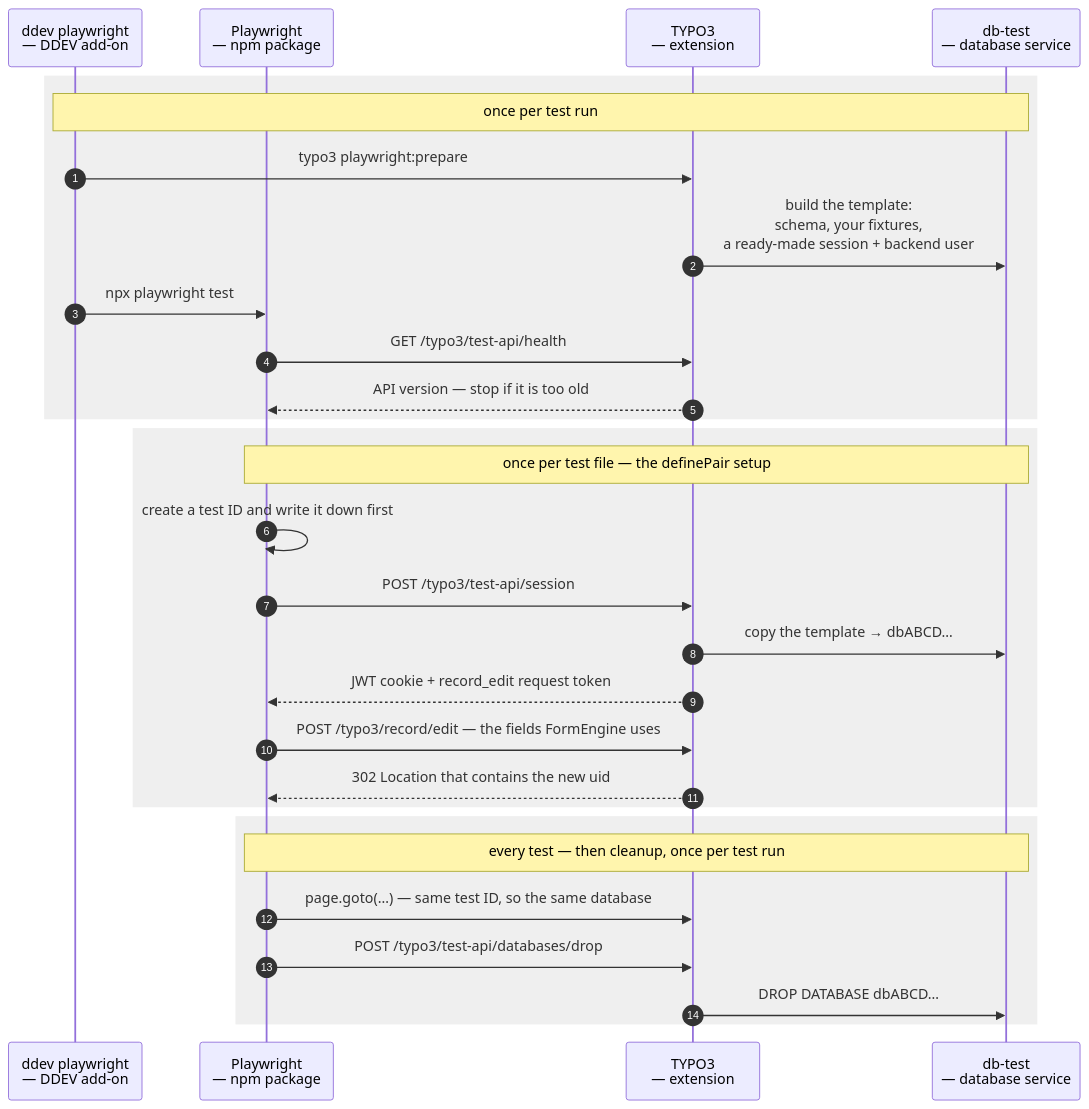
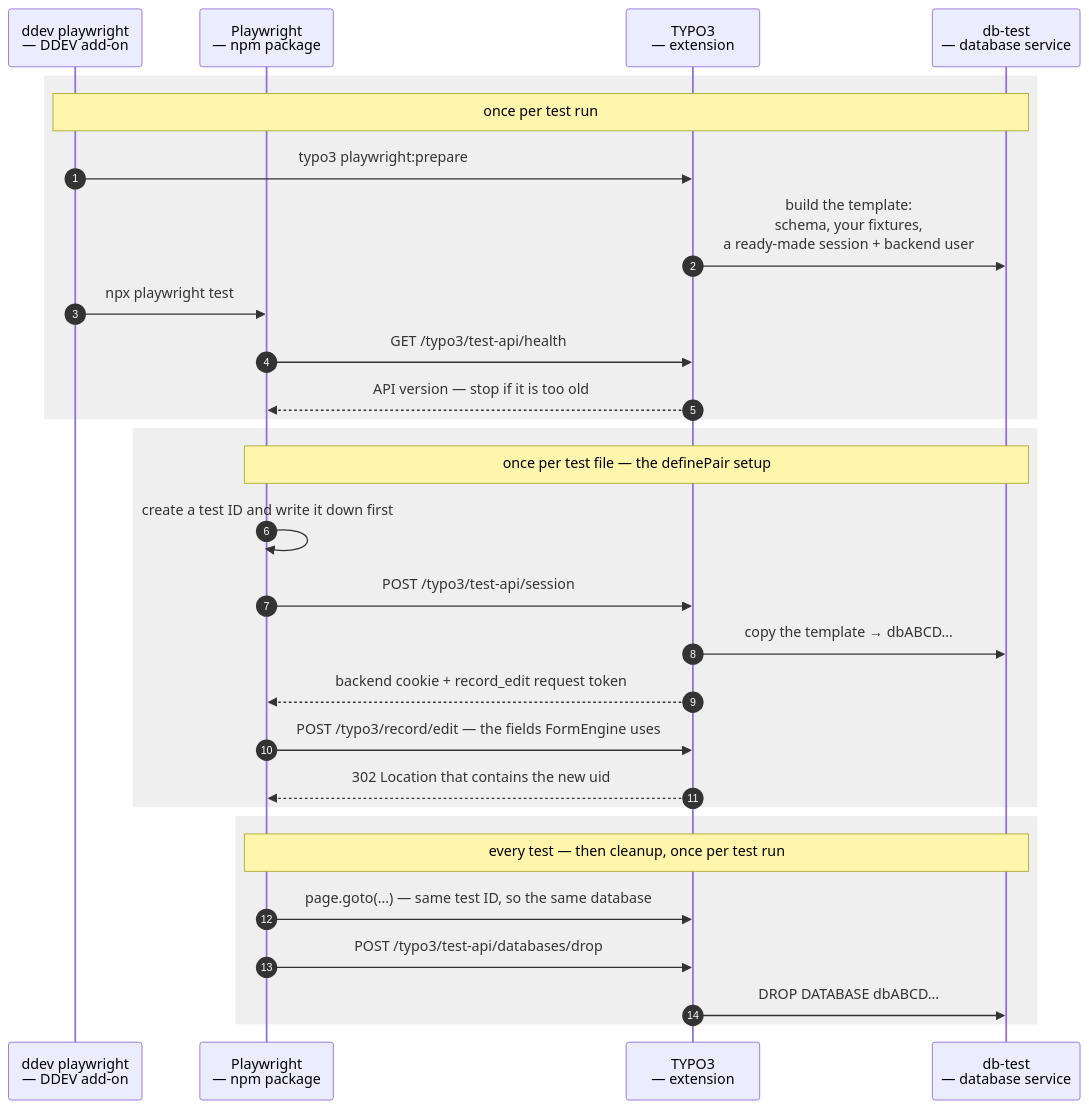
Before and after one commit to plan2net/typo3-playwright-toolkit: the second of 2 diagrams in README.md, drawn with Mermaid. The commit also changed 1 other file, not shown here.

Commit message:
Stop calling the backend cookie a JWT, which TYPO3 11 has none of

````diff
--- a/README.md
+++ b/README.md
@@ -53,34 +53,34 @@
 ```mermaid
 sequenceDiagram
     autonumber
     participant CLI as ddev playwright<br>— DDEV add-on
     participant PW as Playwright<br>— npm package
     participant EXT as TYPO3<br>— extension
     participant DB as db-test<br>— database service
 
     rect rgba(127,127,127,0.12)
         note over CLI,DB: once per test run
         CLI->>EXT: typo3 playwright:prepare
         EXT->>DB: build the template:<br>schema, your fixtures,<br>a ready-made session + backend user
         CLI->>PW: npx playwright test
         PW->>EXT: GET /typo3/test-api/health
         EXT-->>PW: API version — stop if it is too old
     end
 
     rect rgba(127,127,127,0.12)
         note over PW,DB: once per test file — the definePair setup
         PW->>PW: create a test ID and write it down first
         PW->>EXT: POST /typo3/test-api/session
         EXT->>DB: copy the template → dbABCD…
-        EXT-->>PW: JWT cookie + record_edit request token
+        EXT-->>PW: backend cookie + record_edit request token
         PW->>EXT: POST /typo3/record/edit — the fields FormEngine uses
         EXT-->>PW: 302 Location that contains the new uid
     end
 
     rect rgba(127,127,127,0.12)
         note over PW,DB: every test — then cleanup, once per test run
         PW->>EXT: page.goto(…) — same test ID, so the same database
         PW->>EXT: POST /typo3/test-api/databases/drop
         EXT->>DB: DROP DATABASE dbABCD…
     end
 ```
````
